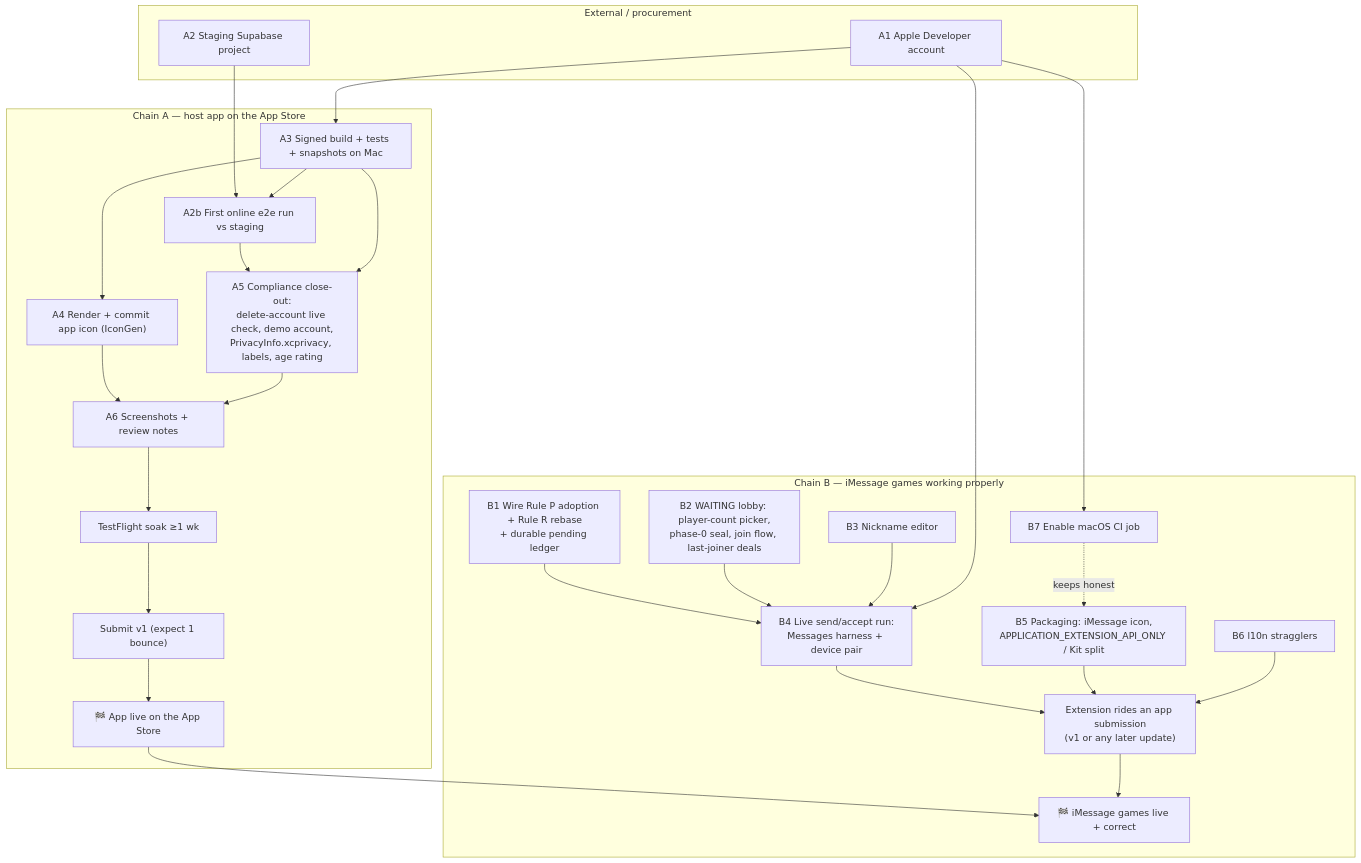
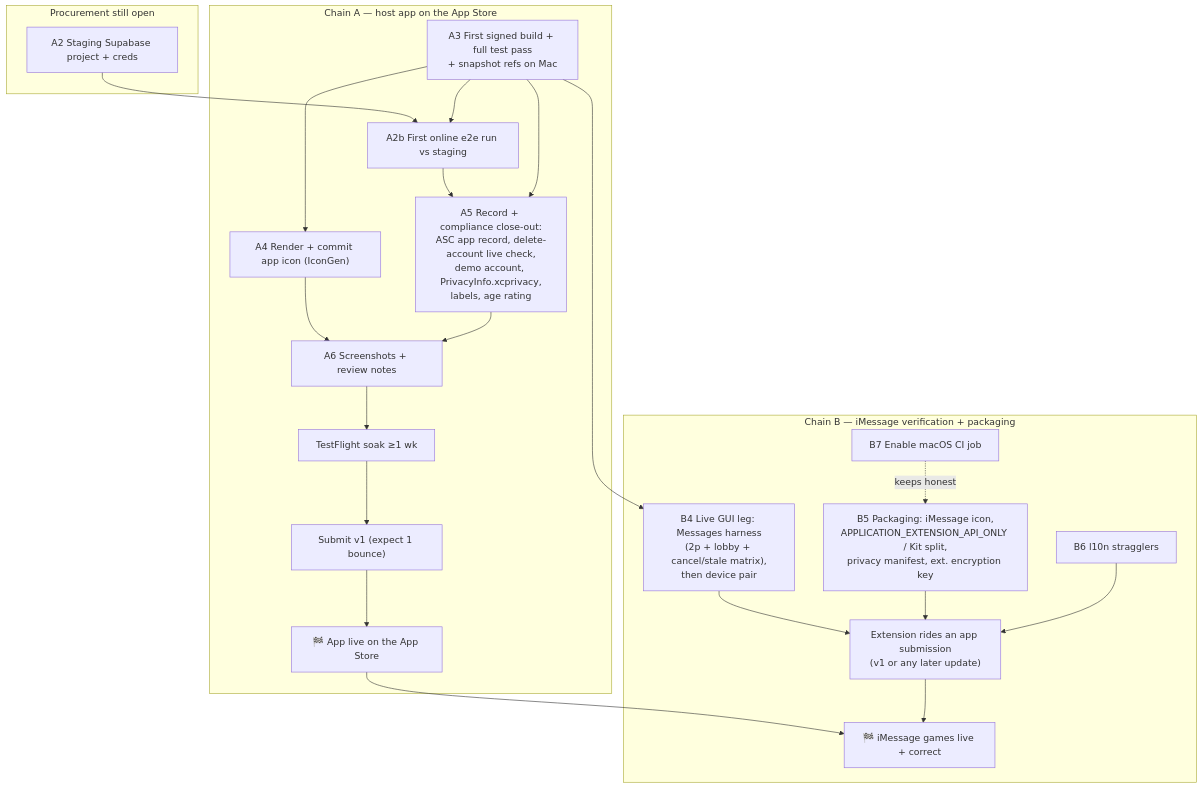
Before and after one commit to alexsave/foolish: the diagram in docs/IMESSAGE_SHIP_BLOCKERS.md, drawn with Mermaid. The commit also changed other lines of this file, not shown here.

First line of the commit message:
docs: blockers report rev 2 — chain B landed, critical path inverts

````diff
--- a/docs/IMESSAGE_SHIP_BLOCKERS.md
+++ b/docs/IMESSAGE_SHIP_BLOCKERS.md
@@ -306,52 +304,43 @@
 ```mermaid
 graph TD
-    subgraph external["External / procurement"]
-        DEV["A1 Apple Developer account"]
-        STG["A2 Staging Supabase project"]
+    subgraph external["Procurement still open"]
+        STG["A2 Staging Supabase project + creds"]
     end
 
     subgraph appstore["Chain A — host app on the App Store"]
-        MAC["A3 Signed build + tests + snapshots on Mac"]
+        MAC["A3 First signed build + full test pass<br/>+ snapshot refs on Mac"]
         ICON["A4 Render + commit app icon (IconGen)"]
         ONLINE["A2b First online e2e run vs staging"]
-        COMP["A5 Compliance close-out:<br/>delete-account live check, demo account,<br/>PrivacyInfo.xcprivacy, labels, age rating"]
+        COMP["A5 Record + compliance close-out:<br/>ASC app record, delete-account live check,<br/>demo account, PrivacyInfo.xcprivacy,<br/>labels, age rating"]
         ASSETS["A6 Screenshots + review notes"]
         TF["TestFlight soak ≥1 wk"]
         SUBMIT["Submit v1 (expect 1 bounce)"]
         LIVE["🏁 App live on the App Store"]
     end
 
-    subgraph imsg["Chain B — iMessage games working properly"]
-        B1["B1 Wire Rule P adoption + Rule R rebase<br/>+ durable pending ledger"]
-        B2["B2 WAITING lobby: player-count picker,<br/>phase-0 seal, join flow, last-joiner deals"]
-        B3["B3 Nickname editor"]
-        B4["B4 Live send/accept run:<br/>Messages harness + device pair"]
-        B5["B5 Packaging: iMessage icon,<br/>APPLICATION_EXTENSION_API_ONLY / Kit split"]
+    subgraph imsg["Chain B — iMessage verification + packaging"]
+        B4["B4 Live GUI leg: Messages harness<br/>(2p + lobby + cancel/stale matrix),<br/>then device pair"]
+        B5["B5 Packaging: iMessage icon,<br/>APPLICATION_EXTENSION_API_ONLY / Kit split,<br/>privacy manifest, ext. encryption key"]
         B6["B6 l10n stragglers"]
         MCI["B7 Enable macOS CI job"]
         MSUB["Extension rides an app submission<br/>(v1 or any later update)"]
         MLIVE["🏁 iMessage games live + correct"]
     end
 
-    DEV --> MAC
-    DEV --> MCI
     STG --> ONLINE
     MAC --> ONLINE
     MAC --> ICON
     ICON --> ASSETS
     ONLINE --> COMP
     MAC --> COMP
     COMP --> ASSETS
     ASSETS --> TF --> SUBMIT --> LIVE
 
-    B1 --> B4
-    B2 --> B4
-    B3 --> B4
-    DEV --> B4
+    MAC --> B4
     B4 --> MSUB
     B5 --> MSUB
     B6 --> MSUB
     MCI -.keeps honest.-> B5
     LIVE --> MLIVE
     MSUB --> MLIVE
 ```
````
